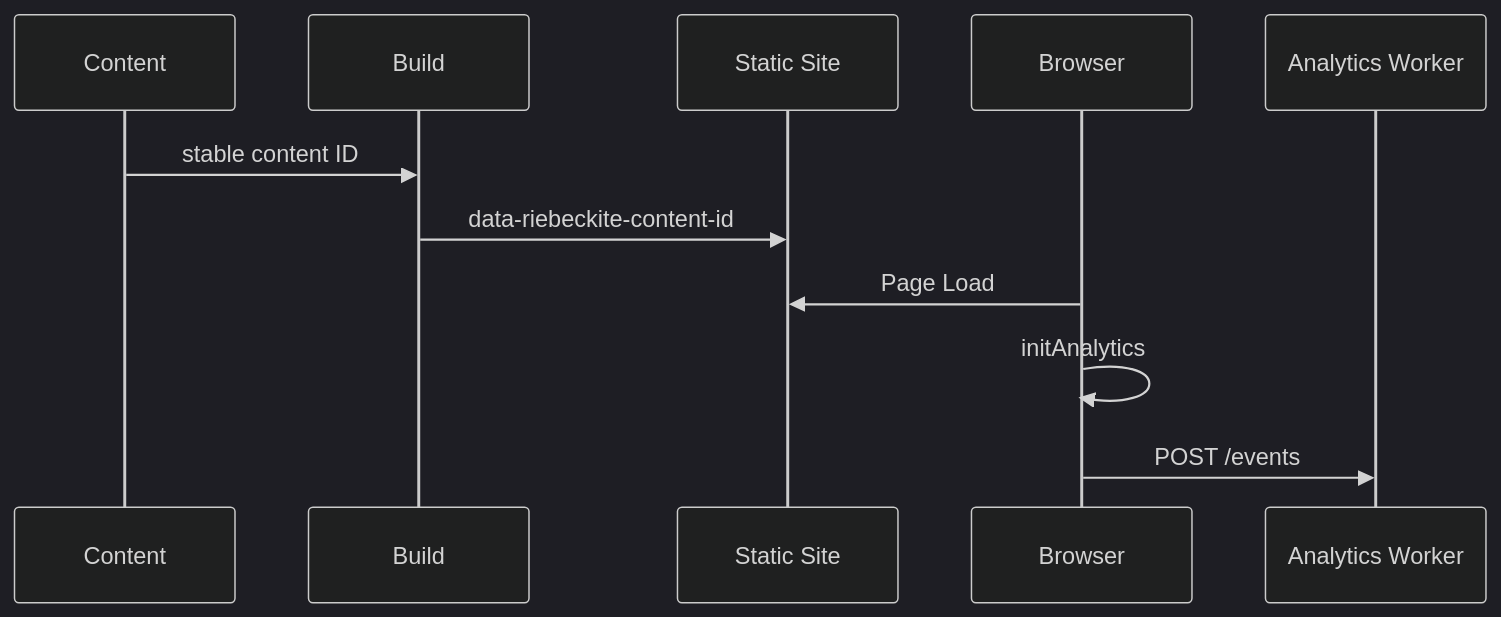
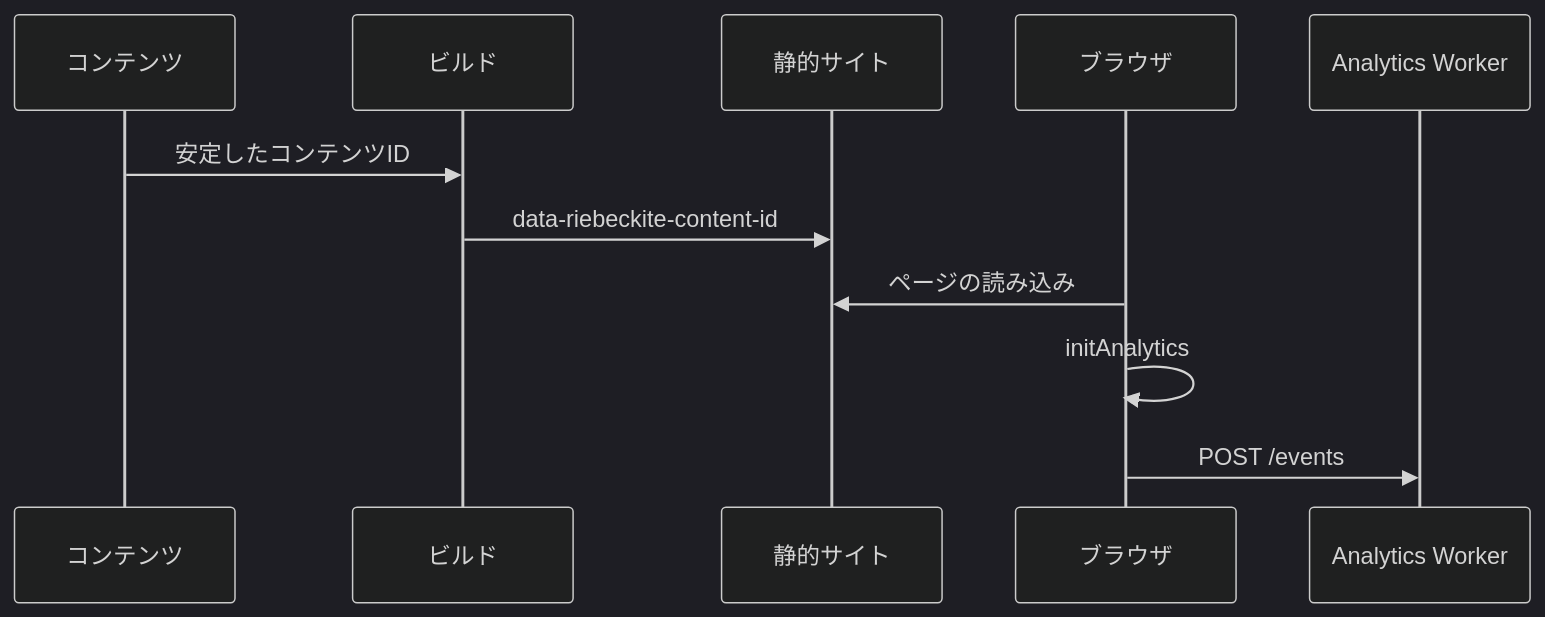
Before and after one commit to Rerurate514/riebeckite: the second of 5 diagrams in docs/docs/guides/analytics.ja.md, drawn with Mermaid (dark theme). The commit also changed other lines of this file and 310 other files, not shown here.

````diff
--- a/docs/docs/guides/analytics.ja.md
+++ b/docs/docs/guides/analytics.ja.md
@@ -78,14 +64,14 @@
 ```mermaid id="n45z2c"
 sequenceDiagram
-    participant C as Content
-    participant B as Build
-    participant S as Static Site
-    participant Browser
+    participant C as コンテンツ
+    participant B as ビルド
+    participant S as 静的サイト
+    participant Browser as ブラウザ
     participant W as Analytics Worker
 
-    C->>B: stable content ID
+    C->>B: 安定したコンテンツID
     B->>S: data-riebeckite-content-id
-    Browser->>S: Page Load
+    Browser->>S: ページの読み込み
     Browser->>Browser: initAnalytics
     Browser->>W: POST /events
 ```
````
